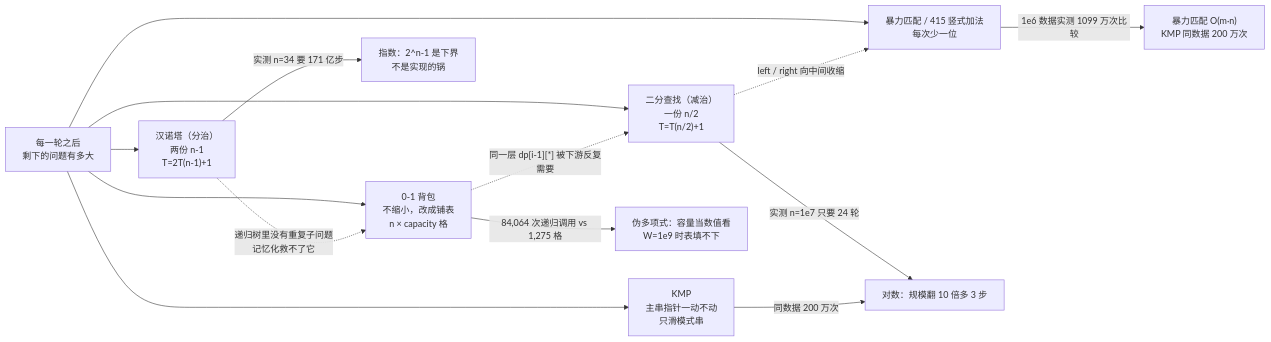
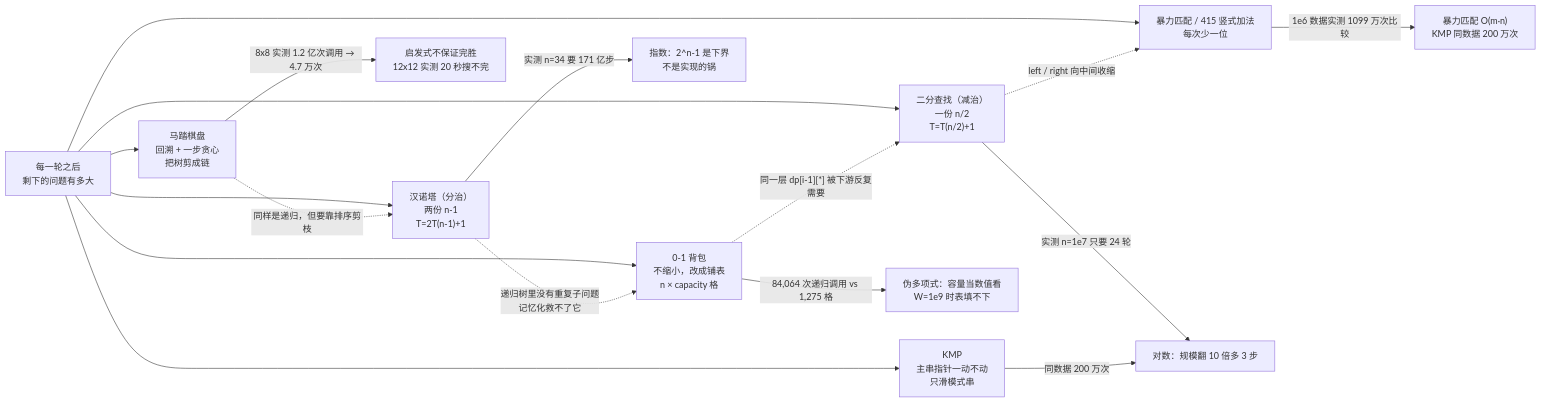
Before and after one commit to c0re-T/algorithm: the first of 2 diagrams in README.md, drawn with Mermaid. The commit also changed other lines of this file and 6 other files, not shown here.

````diff
--- a/README.md
+++ b/README.md
@@ -11,17 +11,20 @@
 ```mermaid
 flowchart LR
     A["每一轮之后<br/>剩下的问题有多大"]
     A --> B["汉诺塔（分治）<br/>两份 n-1<br/>T=2T(n-1)+1"]
     A --> C["二分查找（减治）<br/>一份 n/2<br/>T=T(n/2)+1"]
     A --> D["暴力匹配 / 415 竖式加法<br/>每次少一位"]
     A --> E["KMP<br/>主串指针一动不动<br/>只滑模式串"]
     A --> F["0-1 背包<br/>不缩小，改成铺表<br/>n × capacity 格"]
+    A --> G["马踏棋盘<br/>回溯 + 一步贪心<br/>把树剪成链"]
     B -->|"实测 n=34 要 171 亿步"| R["指数：2^n-1 是下界<br/>不是实现的锅"]
     C -->|"实测 n=1e7 只要 24 轮"| L["对数：规模翻 10 倍多 3 步"]
     D -->|"1e6 数据实测 1099 万次比较"| M2["暴力匹配 O(m·n)<br/>KMP 同数据 200 万次"]
     E -->|"同数据 200 万次"| L
     F -->|"84,064 次递归调用 vs 1,275 格"| M["伪多项式：容量当数值看<br/>W=1e9 时表填不下"]
+    G -->|"8x8 实测 1.2 亿次调用 → 4.7 万次"| H["启发式不保证完胜<br/>12x12 实测 20 秒搜不完"]
     B -.->|"递归树里没有重复子问题<br/>记忆化救不了它"| F
     F -.->|"同一层 dp[i-1][*] 被下游反复需要"| C
     C -.->|"left / right 向中间收缩"| D
+    G -.->|"同样是递归，但要靠排序剪枝"| B
 ```
````
